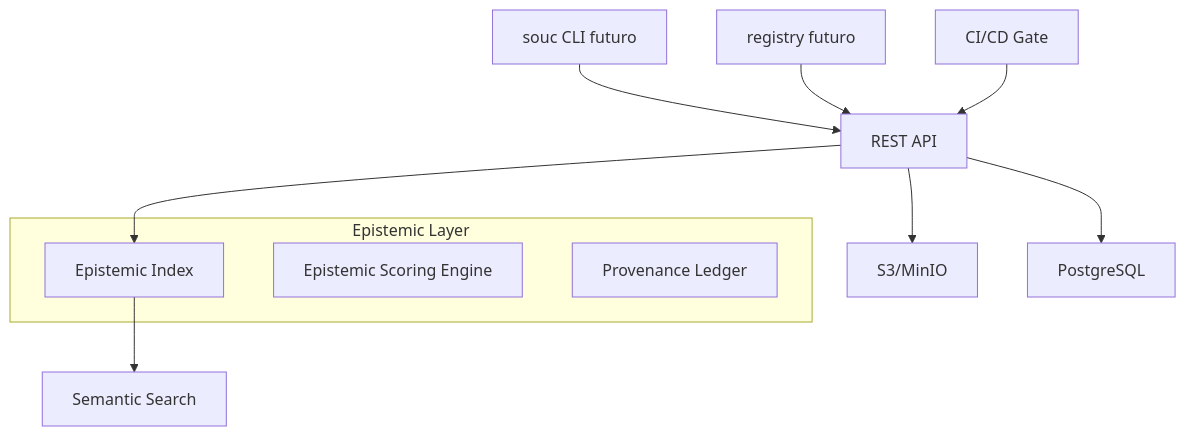
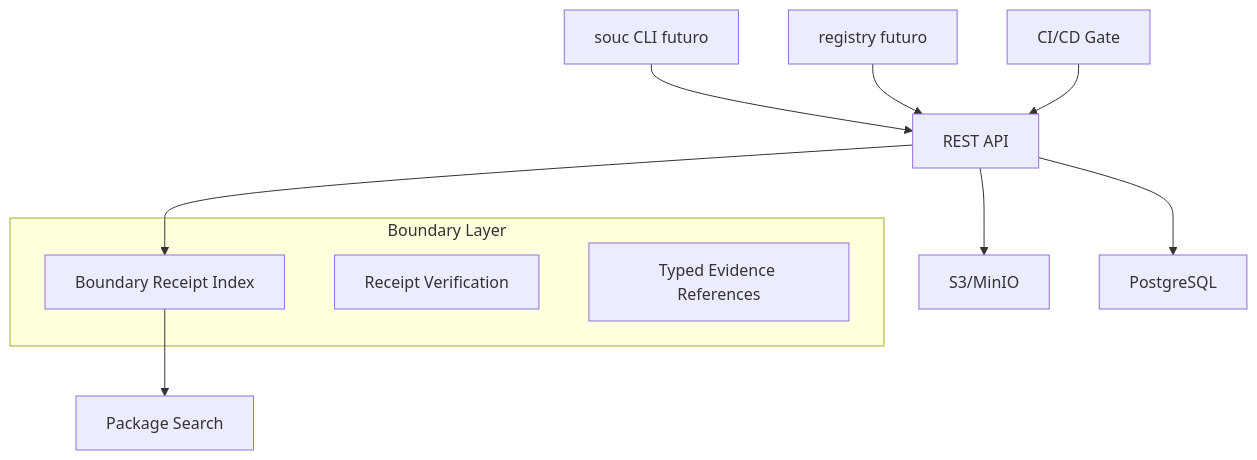
The diagram in docs/ecosystem/REGISTRY_ARCHITECTURE.md (Sounio-lang/sounio), drawn with Mermaid before and after one commit. The commit also changed other lines of this file and 11 other files, not shown here.

````diff
--- a/docs/ecosystem/REGISTRY_ARCHITECTURE.md
+++ b/docs/ecosystem/REGISTRY_ARCHITECTURE.md
@@ -33,16 +33,16 @@
 ```mermaid
 graph TD
     CLI[souc CLI futuro] --> API[REST API]
     WebUI[registry futuro] --> API
     API --> Storage[S3/MinIO]
     API --> DB[PostgreSQL]
-    API --> Index[Epistemic Index]
+    API --> Index[Boundary Receipt Index]
     CI[CI/CD Gate] --> API
-    Index --> Search[Semantic Search]
+    Index --> Search[Package Search]
     
-    subgraph "Epistemic Layer"
+    subgraph "Boundary Layer"
         Index
-        Scoring[Epistemic Scoring Engine]
-        Ledger[Provenance Ledger]
+        Verify[Receipt Verification]
+        Provenance[Typed Evidence References]
     end
 ```
````
